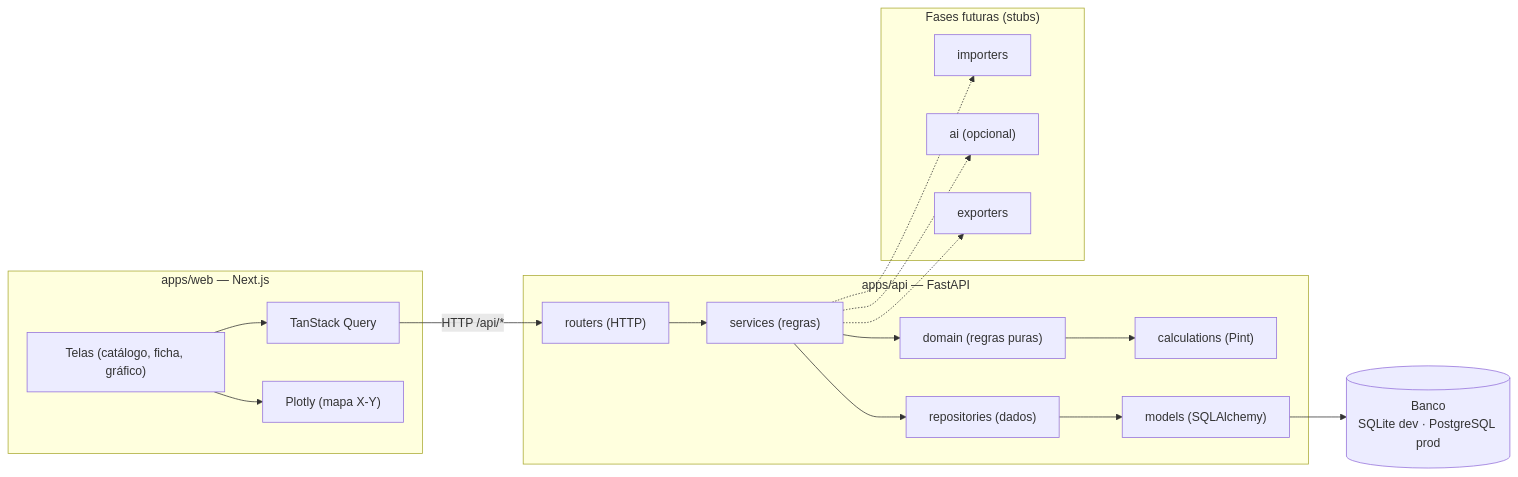
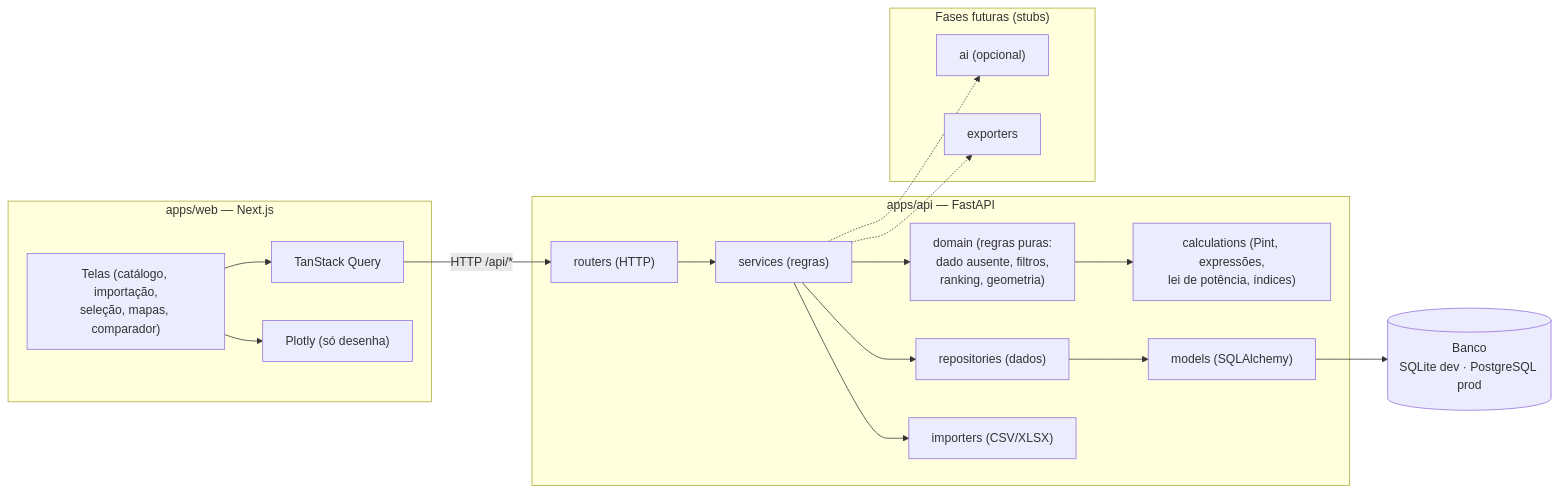
One commit to Streeft/MaterialSelect-AI changed the diagram in docs/02-arquitetura.md. Above: the diagram before and after it, drawn with Mermaid. The commit also changed other lines of this file and 36 other files, not shown here.

````diff
--- a/docs/02-arquitetura.md
+++ b/docs/02-arquitetura.md
@@ -7,36 +7,36 @@
 ```mermaid
 flowchart LR
   subgraph Web["apps/web — Next.js"]
-    UI["Telas (catálogo, ficha, gráfico)"]
+    UI["Telas (catálogo, importação,<br/>seleção, mapas, comparador)"]
     Q["TanStack Query"]
-    Plot["Plotly (mapa X-Y)"]
+    Plot["Plotly (só desenha)"]
     UI --> Q
     UI --> Plot
   end
 
   subgraph API["apps/api — FastAPI"]
     R["routers (HTTP)"]
     S["services (regras)"]
     Repo["repositories (dados)"]
-    Dom["domain (regras puras)"]
-    Calc["calculations (Pint)"]
+    Dom["domain (regras puras:<br/>dado ausente, filtros,<br/>ranking, geometria)"]
+    Calc["calculations (Pint, expressões,<br/>lei de potência, índices)"]
+    Imp["importers (CSV/XLSX)"]
     M["models (SQLAlchemy)"]
     R --> S --> Repo --> M
     S --> Dom
+    S --> Imp
     Dom --> Calc
   end
 
   DB[("Banco<br/>SQLite dev · PostgreSQL prod")]
 
   Q -- "HTTP /api/*" --> R
   M --> DB
 
   subgraph Future["Fases futuras (stubs)"]
-    Imp["importers"]
     AI["ai (opcional)"]
     Exp["exporters"]
   end
-  S -.-> Imp
   S -.-> AI
   S -.-> Exp
 ```
````
